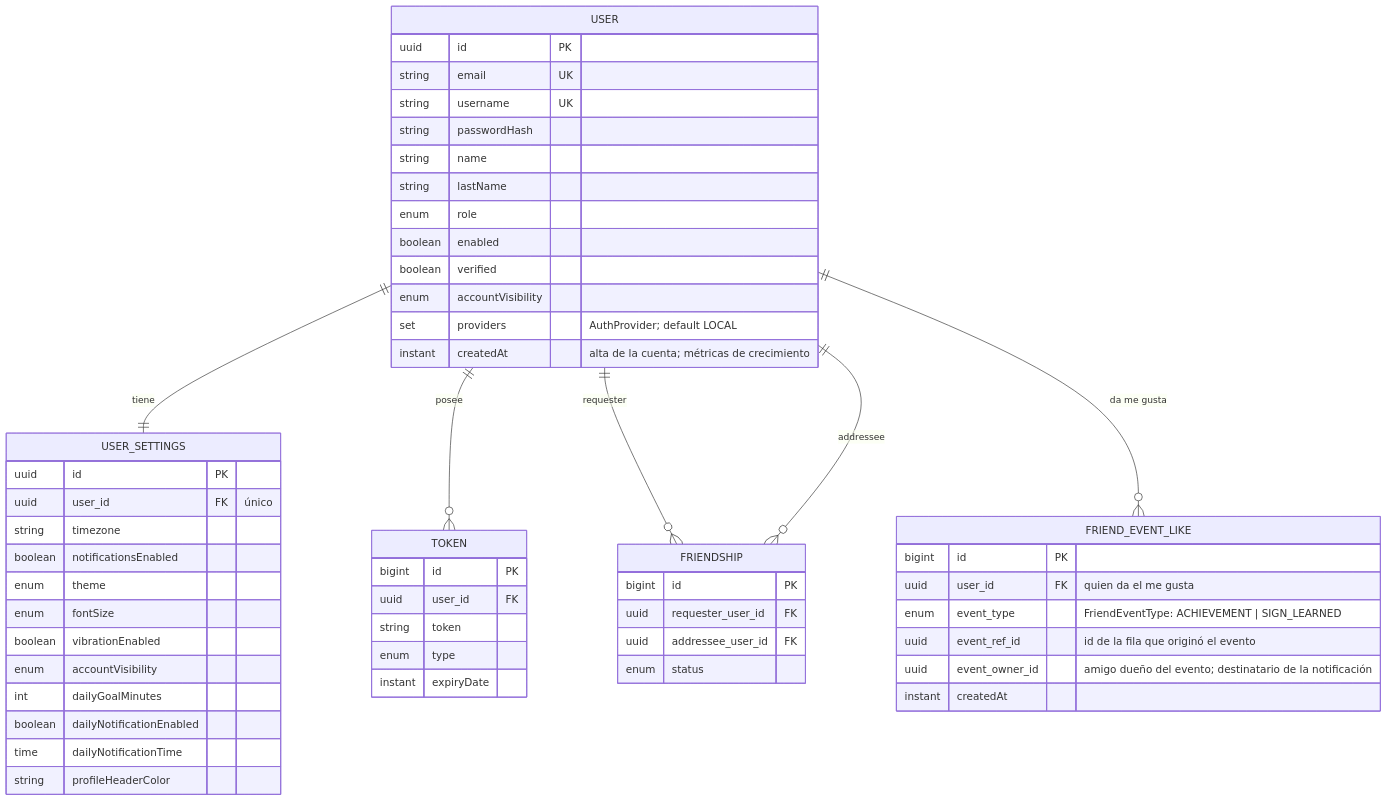
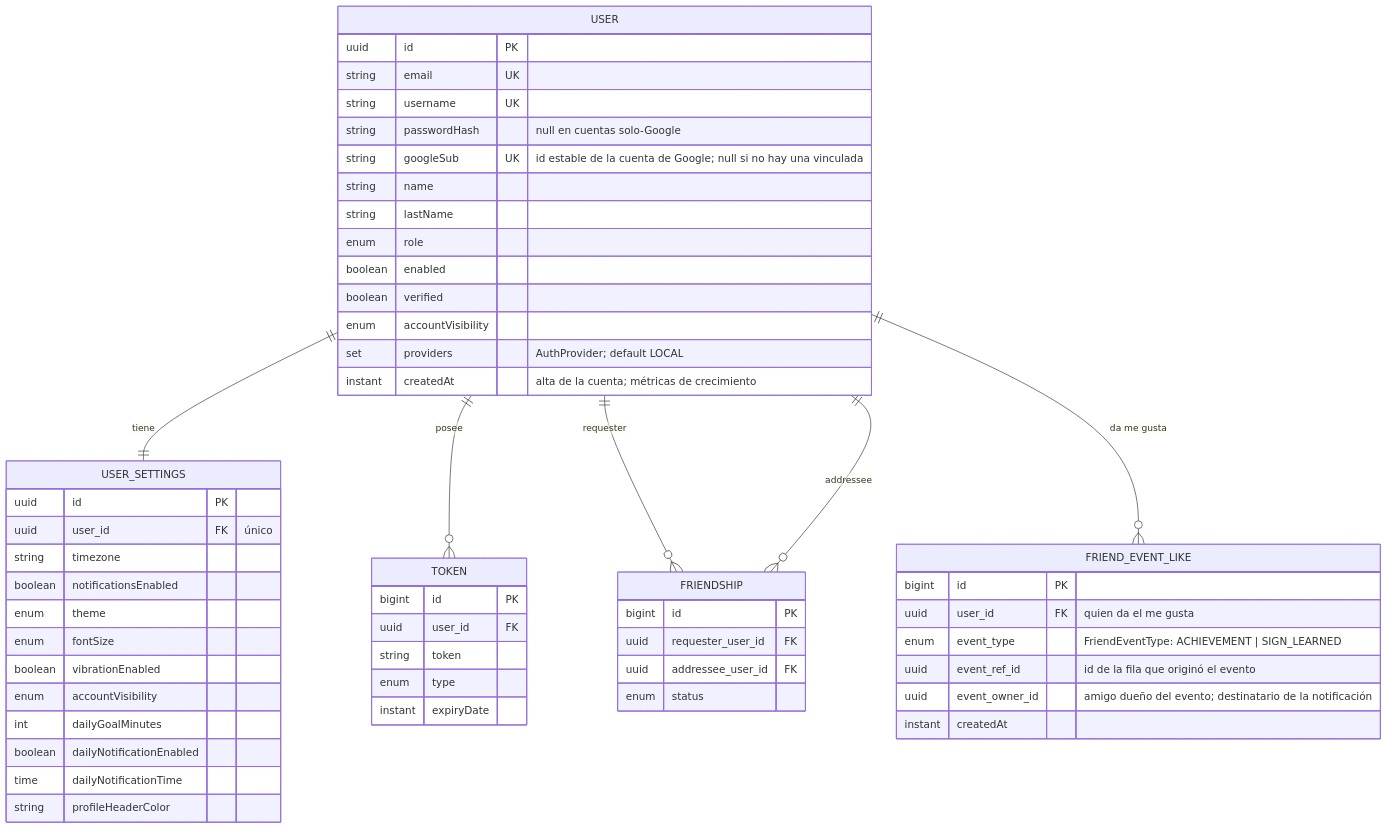
The first of 9 diagrams in docs/diagrams/er.md (signasource/signa-api), drawn with Mermaid before and after one commit. The commit also changed 9 other files, not shown here.

````diff
--- a/docs/diagrams/er.md
+++ b/docs/diagrams/er.md
@@ -14,58 +14,59 @@
 ```mermaid
 erDiagram
     USER ||--|| USER_SETTINGS : tiene
     USER ||--o{ TOKEN : posee
     USER ||--o{ FRIENDSHIP : "requester"
     USER ||--o{ FRIENDSHIP : "addressee"
     USER ||--o{ FRIEND_EVENT_LIKE : "da me gusta"
 
     USER {
         uuid id PK
         string email UK
         string username UK
-        string passwordHash
+        string passwordHash "null en cuentas solo-Google"
+        string googleSub UK "id estable de la cuenta de Google; null si no hay una vinculada"
         string name
         string lastName
         enum role
         boolean enabled
         boolean verified
         enum accountVisibility
         set providers "AuthProvider; default LOCAL"
         instant createdAt "alta de la cuenta; métricas de crecimiento"
     }
     USER_SETTINGS {
         uuid id PK
         uuid user_id FK "único"
         string timezone
         boolean notificationsEnabled
         enum theme
         enum fontSize
         boolean vibrationEnabled
         enum accountVisibility
         int dailyGoalMinutes
         boolean dailyNotificationEnabled
         time dailyNotificationTime
         string profileHeaderColor
     }
     TOKEN {
         bigint id PK
         uuid user_id FK
         string token
         enum type
         instant expiryDate
     }
     FRIENDSHIP {
         bigint id PK
         uuid requester_user_id FK
         uuid addressee_user_id FK
         enum status
     }
     FRIEND_EVENT_LIKE {
         bigint id PK
         uuid user_id FK "quien da el me gusta"
         enum event_type "FriendEventType: ACHIEVEMENT | SIGN_LEARNED"
         uuid event_ref_id "id de la fila que originó el evento"
         uuid event_owner_id "amigo dueño del evento; destinatario de la notificación"
         instant createdAt
     }
 ```
````
